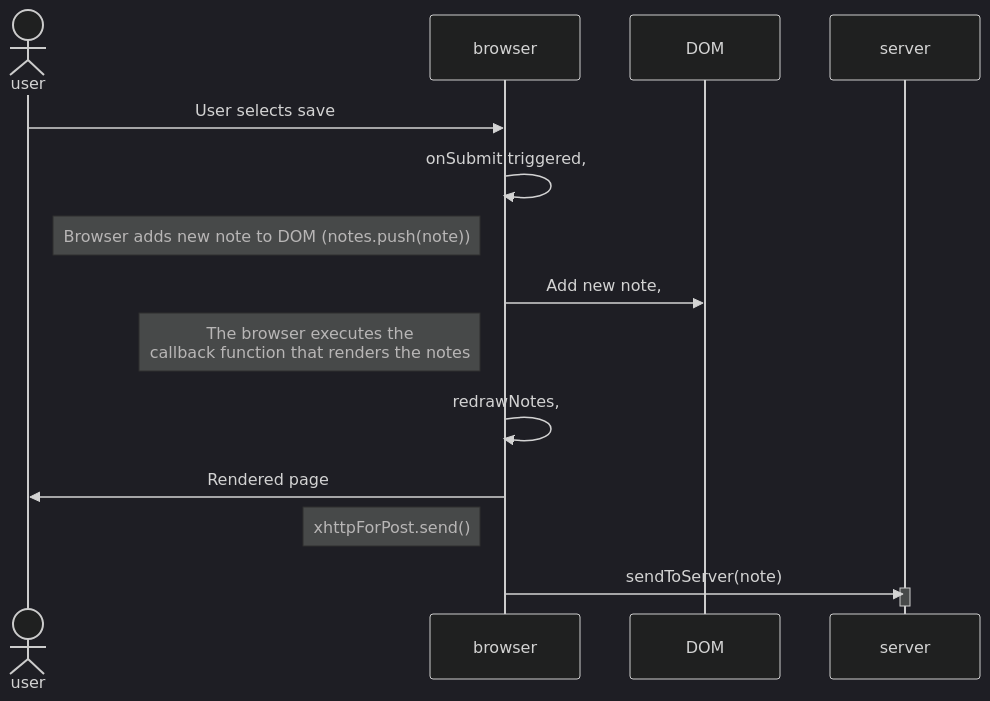
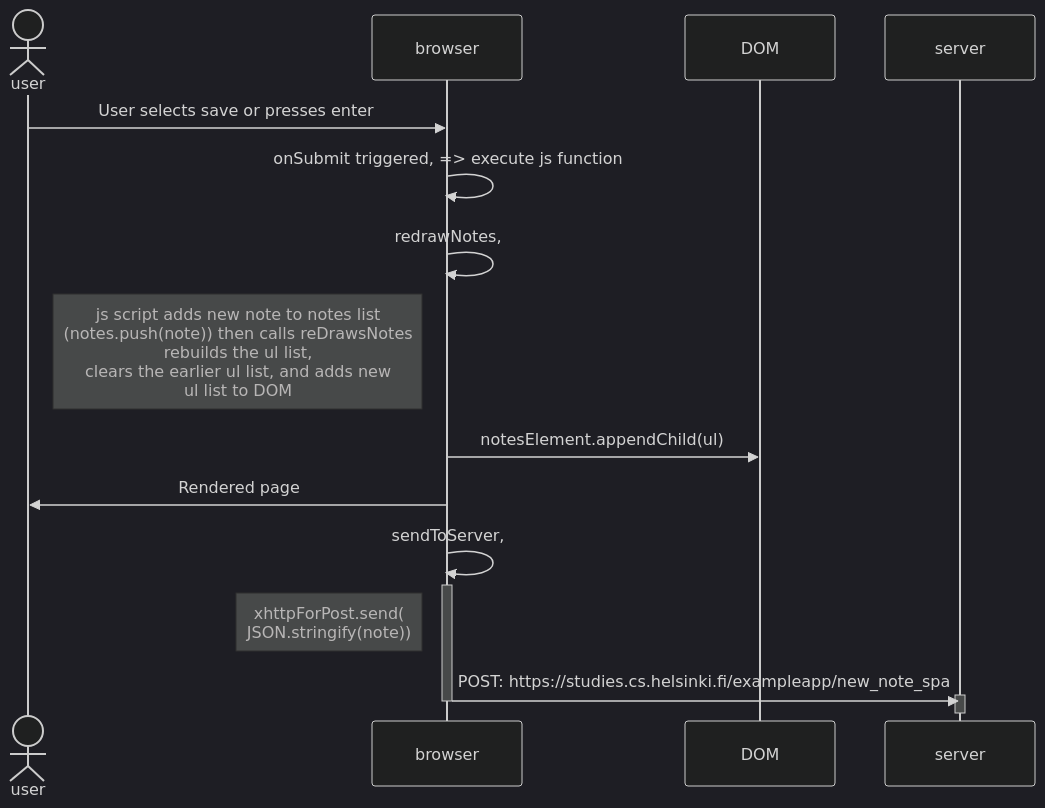
The third of 3 diagrams in osa0/README.md (mattire/FullStackOpen_Palautusrepositorio), drawn with Mermaid (dark theme) before and after one commit. The commit also changed other lines of this file, not shown here.

Commit message:
Osa0, refine seq diagrams

````diff
--- a/osa0/README.md
+++ b/osa0/README.md
@@ -67,22 +84,23 @@
 ```mermaid
 sequenceDiagram
     actor user
     participant browser
     participant DOM
     participant server
 
-    user->>browser: User selects save
-    browser->>browser: onSubmit triggered,
-    Note left of browser: Browser adds new note to DOM (notes.push(note))
-    browser->>DOM: Add new note,
-    Note left of browser: The browser executes the <br>callback function that renders the notes
+    user->>browser: User selects save or presses enter
+    browser->>browser: onSubmit triggered, => execute js function
     browser->>browser: redrawNotes,
+    Note left of browser: js script adds new note to notes list<br>(notes.push(note)) then calls reDrawsNotes <br> rebuilds the ul list, <br> clears the earlier ul list, and adds new <br> ul list to DOM
+    browser->>DOM: notesElement.appendChild(ul)
     browser->>user: Rendered page
-
-    Note left of browser: xhttpForPost.send()
-    browser->>server: sendToServer(note)
+    browser->>browser: sendToServer,
+    activate browser
+    Note left of browser: xhttpForPost.send(<br>JSON.stringify(note))
+    browser->>server: POST: https://studies.cs.helsinki.fi/exampleapp/new_note_spa
+    deactivate browser
     activate server
 
     deactivate server
 
 ```
````
